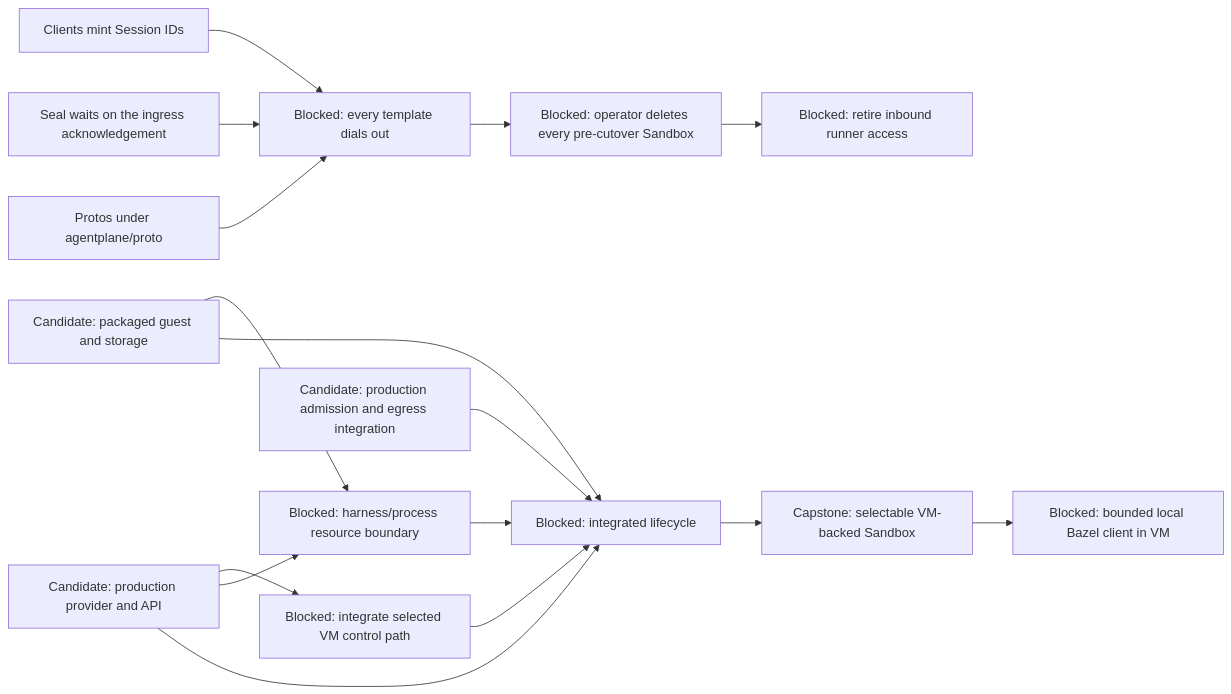
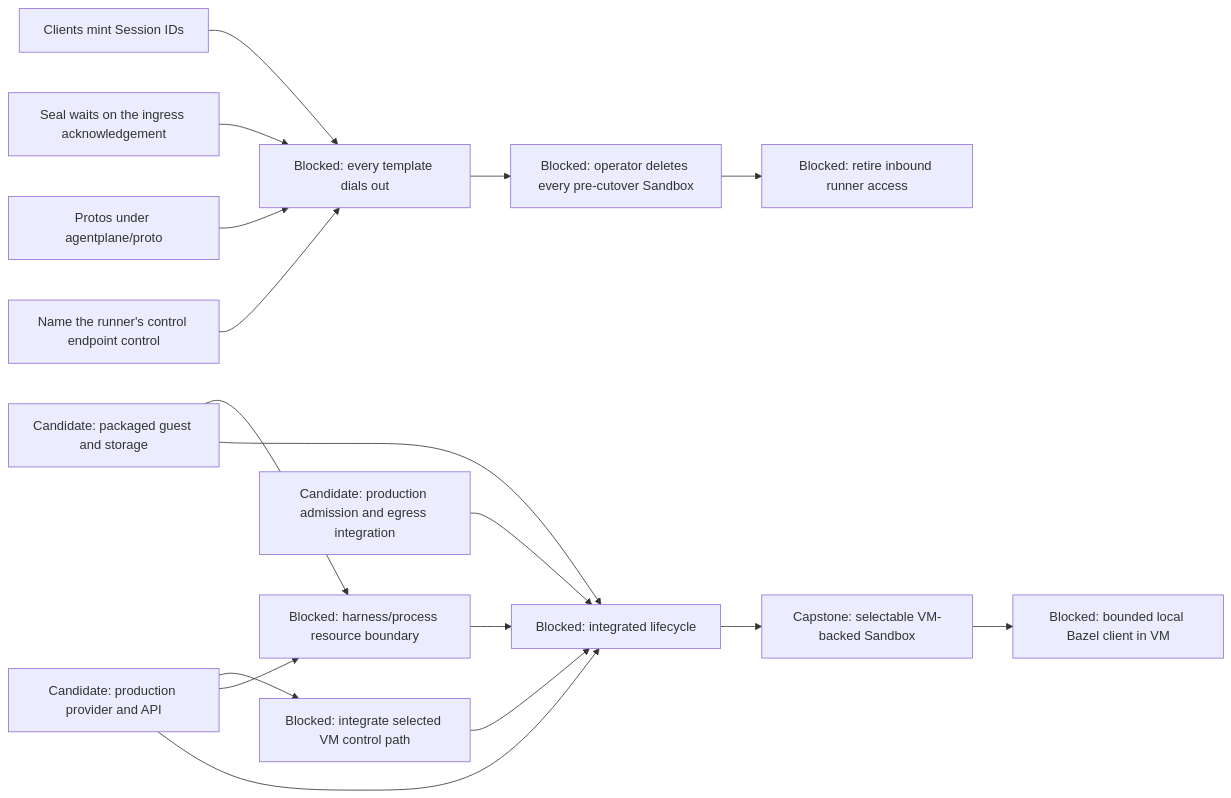
One commit to agentydragon-agent/ducktape changed the sixth of 12 diagrams in agentplane/plans/task_dag.md. Above: the diagram before and after it, drawn with Mermaid. The commit also changed other lines of this file, not shown here.

````diff
--- a/agentplane/plans/task_dag.md
+++ b/agentplane/plans/task_dag.md
@@ -334,25 +334,26 @@
 ```mermaid
 flowchart LR
     RUNNER_OUTBOUND_ROLLOUT[Blocked: every template dials out]
     VM_CONTROL_NETWORKING[Blocked: integrate selected VM control path]
     VM_IMAGE[Candidate: packaged guest and storage]
     VM_PROVIDER[Candidate: production provider and API]
     VM_EGRESS[Candidate: production admission and egress integration]
     VM_PROCESS_ISOLATION[Blocked: harness/process resource boundary]
     VM_LIFECYCLE[Blocked: integrated lifecycle]
     CLIENT_SESSION_IDS[Clients mint Session IDs] --> RUNNER_OUTBOUND_ROLLOUT
     SEAL_ON_INGRESS_ACK[Seal waits on the ingress acknowledgement] --> RUNNER_OUTBOUND_ROLLOUT
     PROTO_DIRECTORY[Protos under agentplane/proto] --> RUNNER_OUTBOUND_ROLLOUT
+    RUNNER_CONTROL_RENAME[Name the runner's control endpoint control] --> RUNNER_OUTBOUND_ROLLOUT
     RUNNER_OUTBOUND_ROLLOUT --> LEGACY_SANDBOX_RETIRE[Blocked: operator deletes every pre-cutover Sandbox]
     LEGACY_SANDBOX_RETIRE --> RUNNER_INBOUND_RETIRE[Blocked: retire inbound runner access]
     VM_PROVIDER --> VM_CONTROL_NETWORKING
     VM_CONTROL_NETWORKING --> VM_LIFECYCLE
     VM_IMAGE --> VM_PROCESS_ISOLATION
     VM_PROVIDER --> VM_PROCESS_ISOLATION
     VM_IMAGE --> VM_LIFECYCLE
     VM_PROVIDER --> VM_LIFECYCLE
     VM_EGRESS --> VM_LIFECYCLE
     VM_PROCESS_ISOLATION --> VM_LIFECYCLE
     VM_LIFECYCLE --> SANDBOX_VM_ISOLATION[Capstone: selectable VM-backed Sandbox]
     SANDBOX_VM_ISOLATION --> LOCAL_BAZEL[Blocked: bounded local Bazel client in VM]
 ```
````
